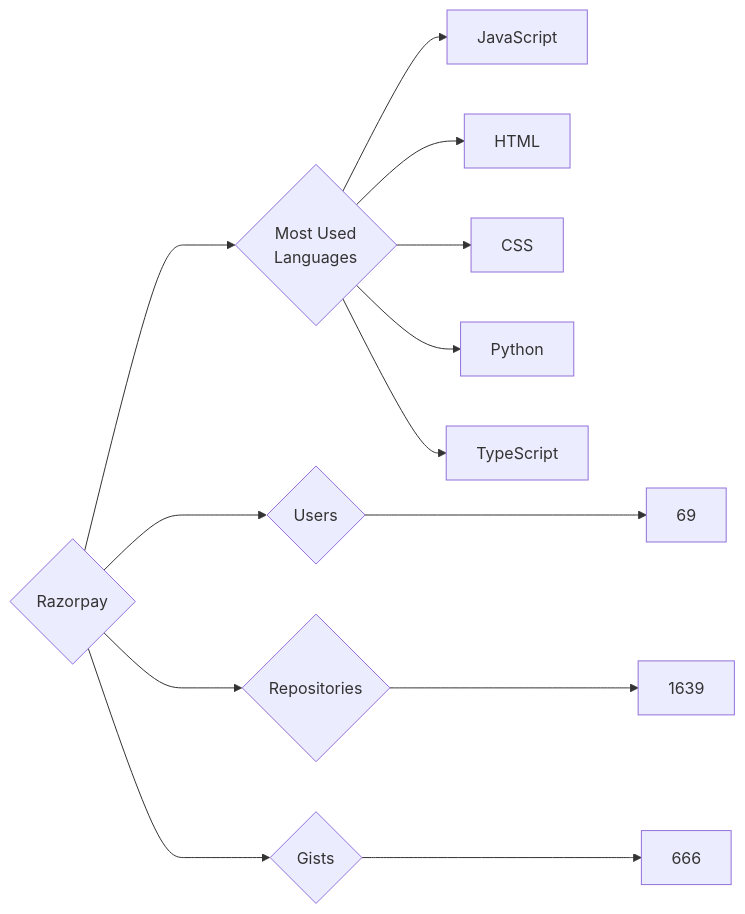
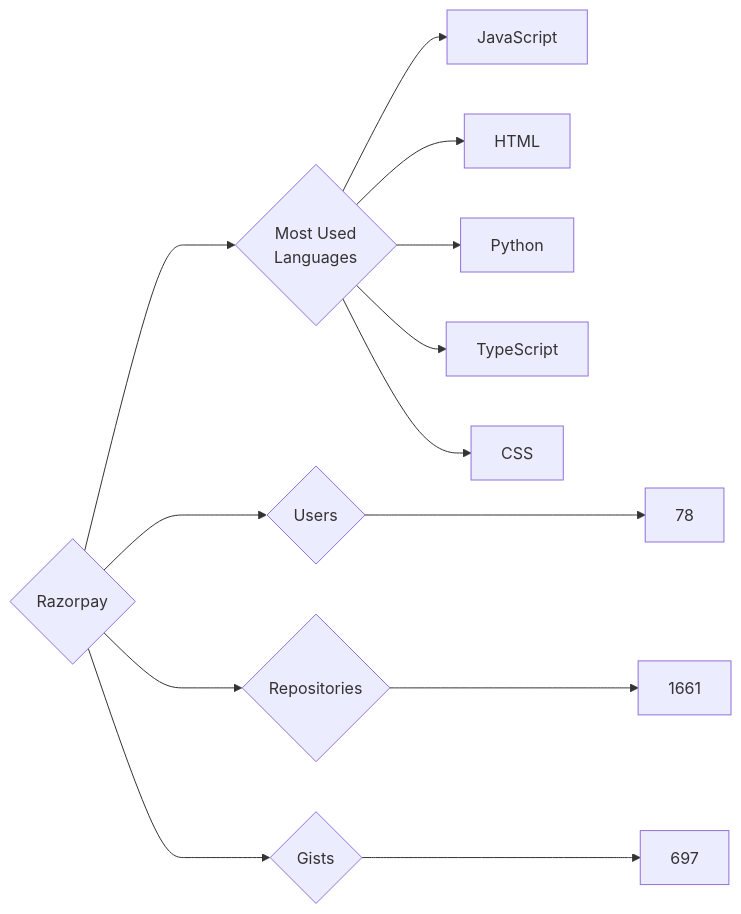
One commit to trickest/insiders changed the diagram in targets/Razorpay/README.md. Above: the diagram before and after it, drawn with Mermaid. The commit also changed 969 other files, not shown here.

````diff
--- a/targets/Razorpay/README.md
+++ b/targets/Razorpay/README.md
@@ -3,13 +3,13 @@
 ```mermaid
 graph LR
 COMPANY_NAME{Razorpay}
-COMPANY_NAME ---> U{Users} ---> UN[69]
-COMPANY_NAME ---> R{Repositories} ---> RN[1639]
-COMPANY_NAME ---> G{Gists} ---> GN[666]
+COMPANY_NAME ---> U{Users} ---> UN[78]
+COMPANY_NAME ---> R{Repositories} ---> RN[1661]
+COMPANY_NAME ---> G{Gists} ---> GN[697]
 COMPANY_NAME ---> ML{Most Used<br>Languages}
 ML --> JavaScript[JavaScript]
 ML --> HTML[HTML]
-ML --> CSS[CSS]
 ML --> Python[Python]
 ML --> TypeScript[TypeScript]
+ML --> CSS[CSS]
 ```
````
